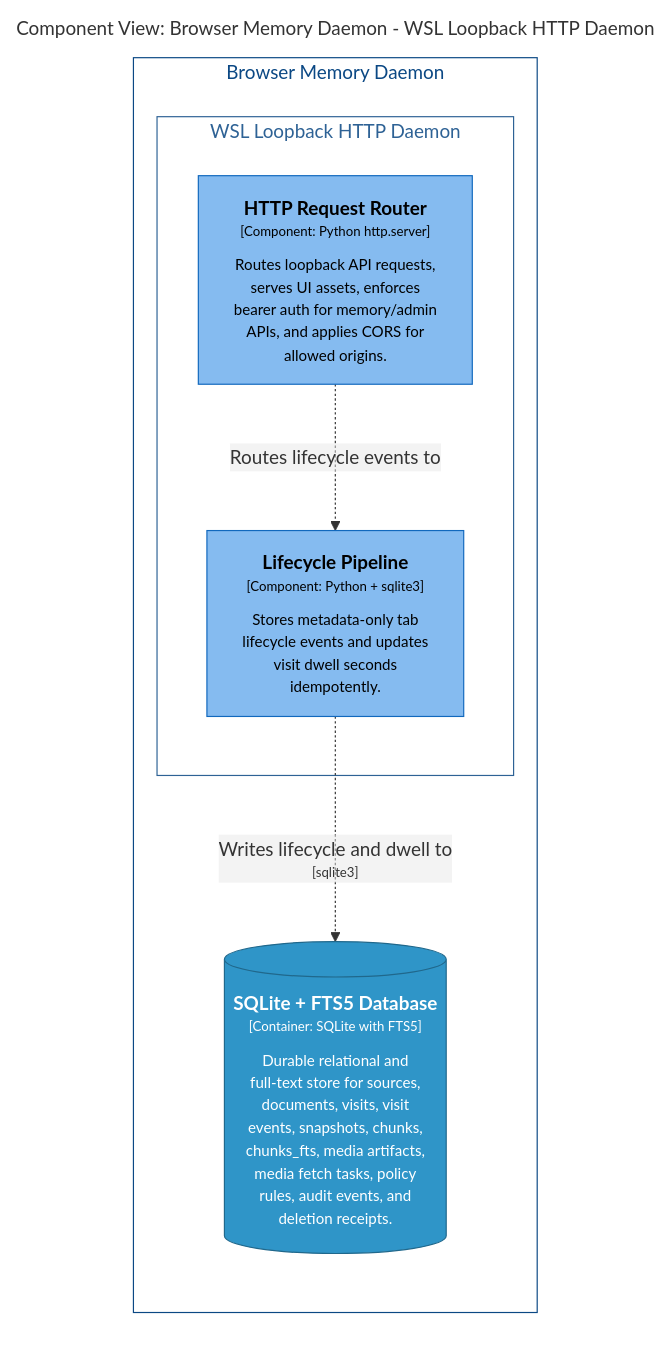
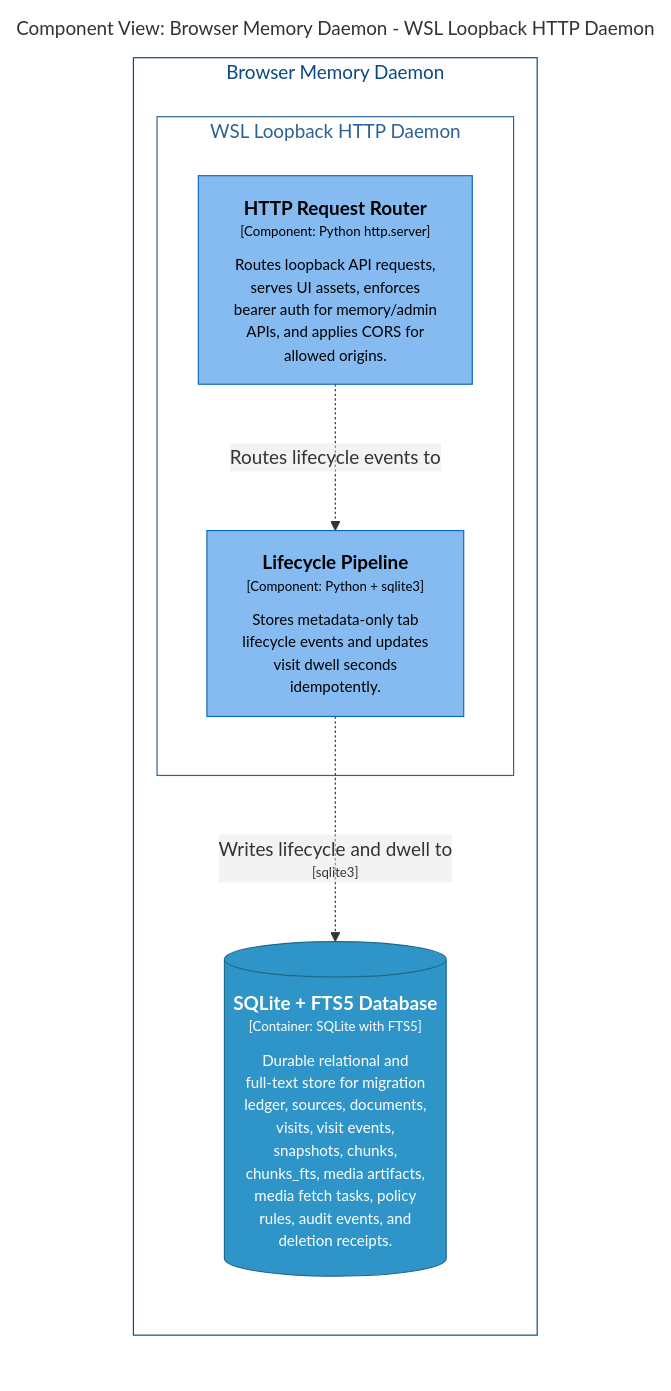
One commit to michaelnicks0/browser-memory-daemon changed the diagram in docs/architecture/diagrams/markdown/DaemonLifecycleComponents.md. Above: the diagram before and after it, drawn with Mermaid. The commit also changed 180 other files, not shown here.

Commit message:
feat(db): add versioned migration ledger and compatibility checks

````diff
--- a/docs/architecture/diagrams/markdown/DaemonLifecycleComponents.md
+++ b/docs/architecture/diagrams/markdown/DaemonLifecycleComponents.md
@@ -16,28 +16,28 @@
 ```mermaid
 graph LR
   linkStyle default fill:#ffffff
 
   subgraph diagram ["Component View: Browser Memory Daemon - WSL Loopback HTTP Daemon"]
     style diagram fill:#ffffff,stroke:#ffffff
 
     subgraph 4 ["Browser Memory Daemon"]
       style 4 fill:#ffffff,stroke:#0b4884,color:#0b4884
 
       subgraph 14 ["WSL Loopback HTTP Daemon"]
         style 14 fill:#ffffff,stroke:#2e6295,color:#2e6295
 
         15["<div style='font-weight: bold'>HTTP Request Router</div><div style='font-size: 70%; margin-top: 0px'>[Component: Python http.server]</div><div style='font-size: 80%; margin-top:10px'>Routes loopback API requests,<br />serves UI assets, enforces<br />bearer auth for memory/admin<br />APIs, and applies CORS for<br />allowed origins.</div>"]
         style 15 fill:#85bbf0,stroke:#1168bd,color:#000000
-        19["<div style='font-weight: bold'>Lifecycle Pipeline</div><div style='font-size: 70%; margin-top: 0px'>[Component: Python + sqlite3]</div><div style='font-size: 80%; margin-top:10px'>Stores metadata-only tab<br />lifecycle events and updates<br />visit dwell seconds<br />idempotently.</div>"]
-        style 19 fill:#85bbf0,stroke:#1168bd,color:#000000
+        20["<div style='font-weight: bold'>Lifecycle Pipeline</div><div style='font-size: 70%; margin-top: 0px'>[Component: Python + sqlite3]</div><div style='font-size: 80%; margin-top:10px'>Stores metadata-only tab<br />lifecycle events and updates<br />visit dwell seconds<br />idempotently.</div>"]
+        style 20 fill:#85bbf0,stroke:#1168bd,color:#000000
       end
 
-      27[("<div style='font-weight: bold'>SQLite + FTS5 Database</div><div style='font-size: 70%; margin-top: 0px'>[Container: SQLite with FTS5]</div><div style='font-size: 80%; margin-top:10px'>Durable relational and<br />full-text store for sources,<br />documents, visits, visit<br />events, snapshots, chunks,<br />chunks_fts, media artifacts,<br />media fetch tasks, policy<br />rules, audit events, and<br />deletion receipts.</div>")]
-      style 27 fill:#2f95c8,stroke:#20688c,color:#ffffff
+      28[("<div style='font-weight: bold'>SQLite + FTS5 Database</div><div style='font-size: 70%; margin-top: 0px'>[Container: SQLite with FTS5]</div><div style='font-size: 80%; margin-top:10px'>Durable relational and<br />full-text store for migration<br />ledger, sources, documents,<br />visits, visit events,<br />snapshots, chunks,<br />chunks_fts, media artifacts,<br />media fetch tasks, policy<br />rules, audit events, and<br />deletion receipts.</div>")]
+      style 28 fill:#2f95c8,stroke:#20688c,color:#ffffff
     end
 
-    15-. "<div>Routes lifecycle events to</div><div style='font-size: 70%'></div>" .->19
-    19-. "<div>Writes lifecycle and dwell to</div><div style='font-size: 70%'>[sqlite3]</div>" .->27
+    15-. "<div>Routes lifecycle events to</div><div style='font-size: 70%'></div>" .->20
+    20-. "<div>Writes lifecycle and dwell to</div><div style='font-size: 70%'>[sqlite3]</div>" .->28
 
   end
 ```
````
